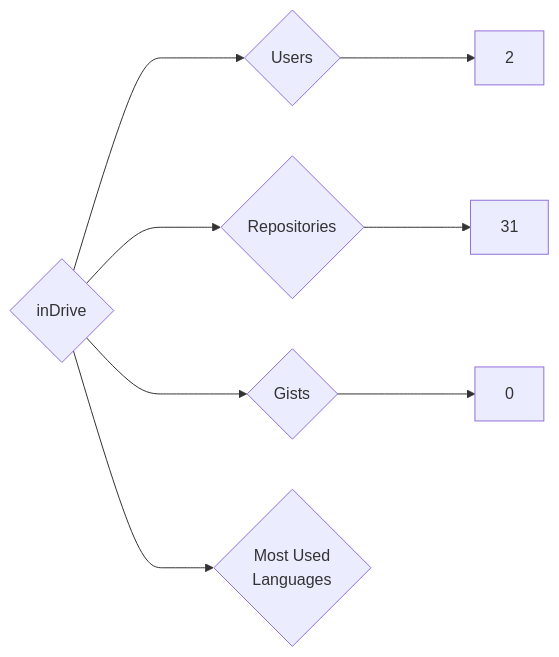
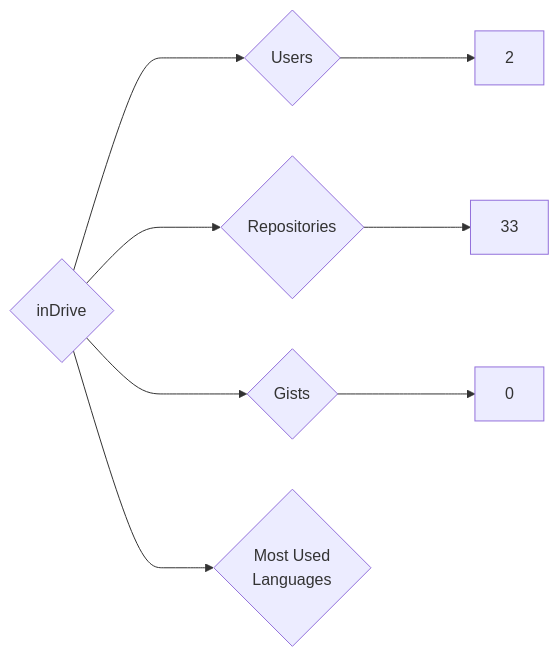
Before and after one commit to nenadzaric/insiders: the diagram in targets/inDrive/README.md, drawn with Mermaid. The commit also changed 1342 other files, not shown here.

````diff
--- a/targets/inDrive/README.md
+++ b/targets/inDrive/README.md
@@ -3,8 +3,8 @@
 ```mermaid
 graph LR
 COMPANY_NAME{inDrive}
 COMPANY_NAME ---> U{Users} ---> UN[2]
-COMPANY_NAME ---> R{Repositories} ---> RN[31]
+COMPANY_NAME ---> R{Repositories} ---> RN[33]
 COMPANY_NAME ---> G{Gists} ---> GN[0]
 COMPANY_NAME ---> ML{Most Used<br>Languages}
 ```
````
